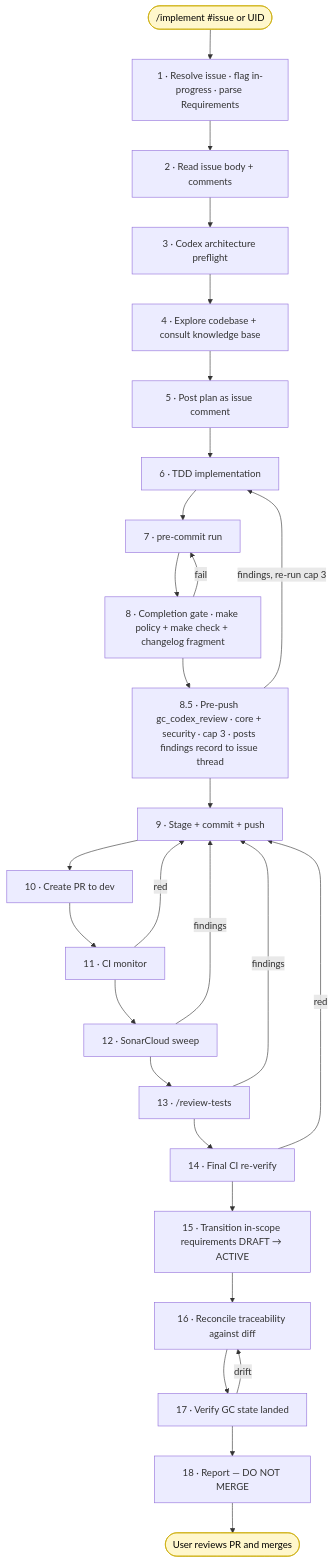
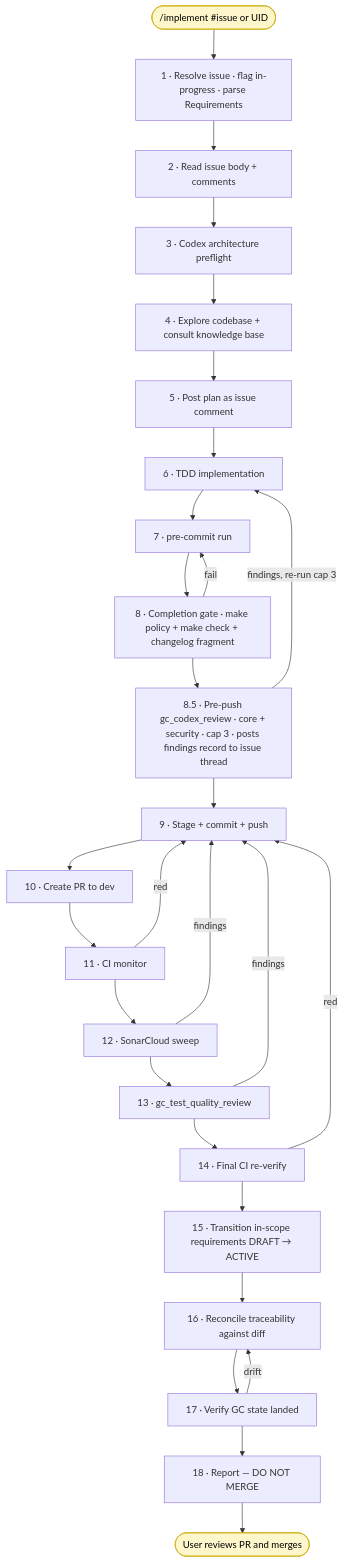
One commit to KeplerOps/Ground-Control changed the diagram in docs/DEVELOPMENT_WORKFLOW.md. Above: the diagram before and after it, drawn with Mermaid. The commit also changed other lines of this file and 13 other files, not shown here.

````diff
--- a/docs/DEVELOPMENT_WORKFLOW.md
+++ b/docs/DEVELOPMENT_WORKFLOW.md
@@ -60,56 +60,56 @@
 ```mermaid
 flowchart TB
   Start([/implement #issue or UID])
   S1[1 · Resolve issue · flag in-progress · parse Requirements]
   S2[2 · Read issue body + comments]
   S3[3 · Codex architecture preflight]
   S4[4 · Explore codebase + consult knowledge base]
   S5[5 · Post plan as issue comment]
   S6[6 · TDD implementation]
   S7[7 · pre-commit run]
   S8[8 · Completion gate · make policy + make check + changelog fragment]
   S8b[8.5 · Pre-push gc_codex_review · core + security · cap 3 · posts findings record to issue thread]
   S9[9 · Stage + commit + push]
   S10[10 · Create PR to dev]
   S11[11 · CI monitor]
   S12[12 · SonarCloud sweep]
-  S13[13 · /review-tests]
+  S13[13 · gc_test_quality_review]
   S14[14 · Final CI re-verify]
   S15[15 · Transition in-scope requirements DRAFT → ACTIVE]
   S16[16 · Reconcile traceability against diff]
   S17[17 · Verify GC state landed]
   S18[18 · Report — DO NOT MERGE]
   End([User reviews PR and merges])
 
   Start --> S1
   S1 --> S2
   S2 --> S3
   S3 --> S4
   S4 --> S5
   S5 --> S6
   S6 --> S7
   S7 --> S8
   S8 --> S8b
   S8b --> S9
   S9 --> S10
   S10 --> S11
   S11 --> S12
   S12 --> S13
   S13 --> S14
   S14 --> S15
   S15 --> S16
   S16 --> S17
   S17 --> S18
   S18 --> End
 
   S8 -->|fail| S7
   S8b -->|findings, re-run cap 3| S6
   S11 -->|red| S9
   S12 -->|findings| S9
   S13 -->|findings| S9
   S14 -->|red| S9
   S17 -->|drift| S16
 
   classDef user fill:#fff7cc,stroke:#c9a900,color:#000
   class Start,End user
 ```
````
